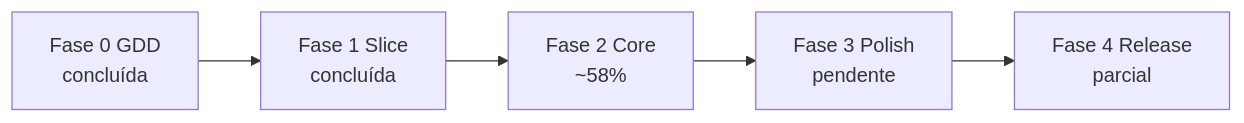
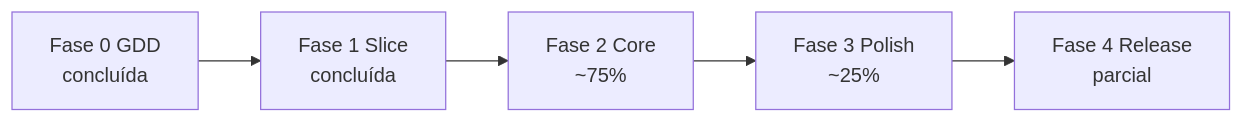
Before and after one commit to lochesystem/snaredusk: the diagram in docs/ROADMAP.md, drawn with Mermaid. The commit also changed other lines of this file and 4 other files, not shown here.

````diff
--- a/docs/ROADMAP.md
+++ b/docs/ROADMAP.md
@@ -9,7 +9,7 @@
 ```mermaid
 flowchart LR
   f0["Fase 0 GDD\nconcluída"] --> f1["Fase 1 Slice\nconcluída"]
-  f1 --> f2["Fase 2 Core\n~58%"]
-  f2 --> f3["Fase 3 Polish\npendente"]
+  f1 --> f2["Fase 2 Core\n~75%"]
+  f2 --> f3["Fase 3 Polish\n~25%"]
   f3 --> f4["Fase 4 Release\nparcial"]
 ```
````
